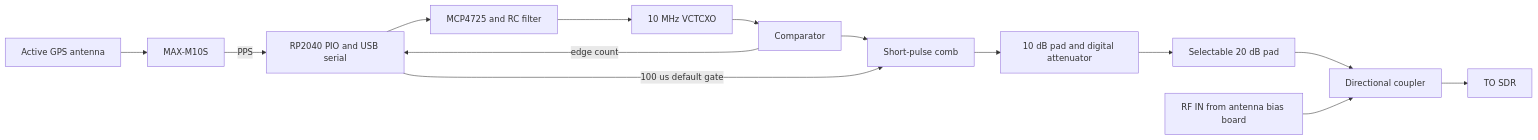
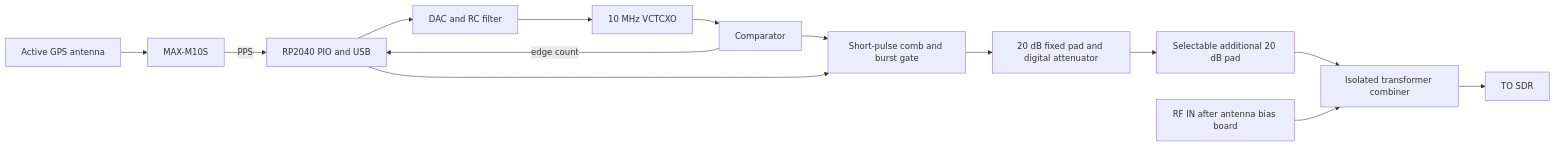
One commit to jvierine/calinject changed the diagram in docs/design.md. Above: the diagram before and after it, drawn with Mermaid. The commit also changed other lines of this file and 189 other files, not shown here.

Commit message:
Prepare Rev B combiner board and robust USB firmware for factory first article

````diff
--- a/docs/design.md
+++ b/docs/design.md
@@ -5,16 +5,16 @@
 ```mermaid
 flowchart LR
  GPS[Active GPS antenna] --> GNSS[MAX-M10S]
- GNSS -->|PPS| MCU[RP2040 PIO and USB serial]
+ GNSS -->|PPS| MCU[RP2040 PIO and USB]
  OSC[10 MHz VCTCXO] --> CMP[Comparator]
  CMP -->|edge count| MCU
- MCU --> DAC[MCP4725 and RC filter]
+ MCU --> DAC[DAC and RC filter]
  DAC --> OSC
- CMP --> COMB[Short-pulse comb]
- MCU -->|100 us default gate| COMB
- COMB --> ATT[10 dB pad and digital attenuator]
- ATT --> RANGE[Selectable 20 dB pad]
- RANGE --> CPL[Directional coupler]
- ANT[RF IN from antenna bias board] --> CPL
- CPL --> SDR[TO SDR]
+ CMP --> COMB[Short-pulse comb and burst gate]
+ MCU --> COMB
+ COMB --> ATT[20 dB fixed pad and digital attenuator]
+ ATT --> RANGE[Selectable additional 20 dB pad]
+ RANGE --> MIX[Isolated transformer combiner]
+ ANT[RF IN after antenna bias board] --> MIX
+ MIX --> SDR[TO SDR]
 ```
````
